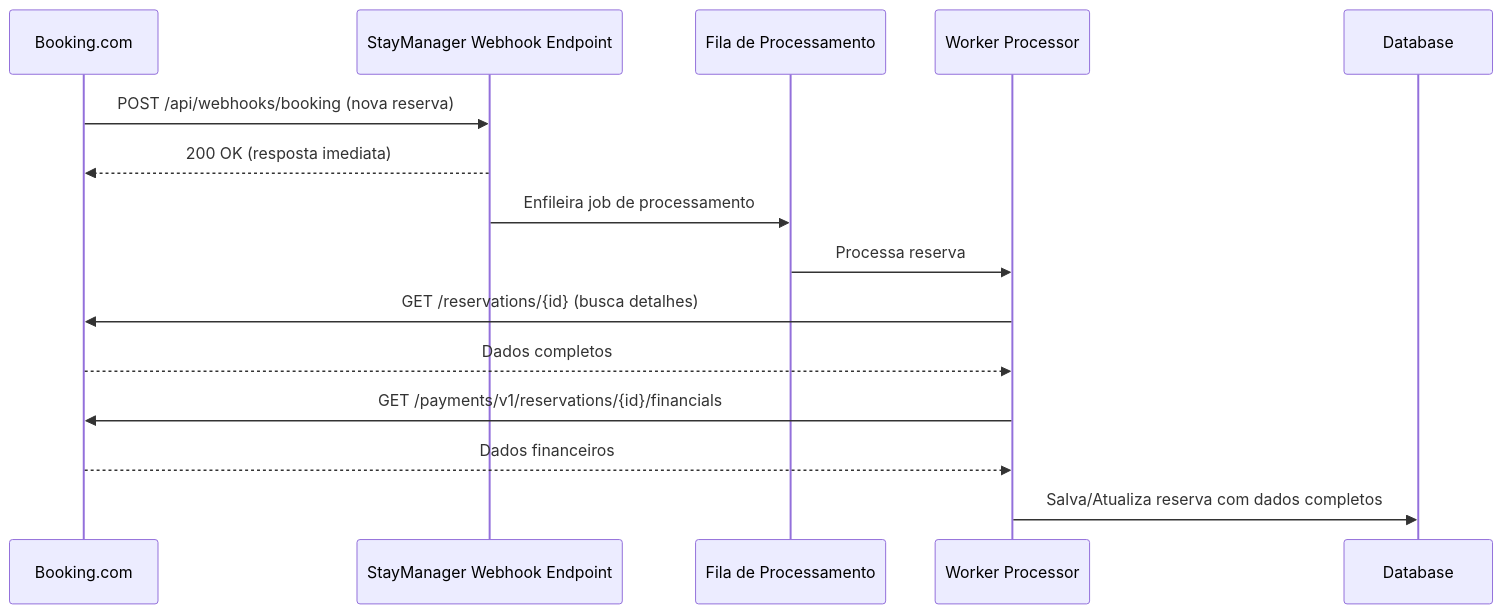
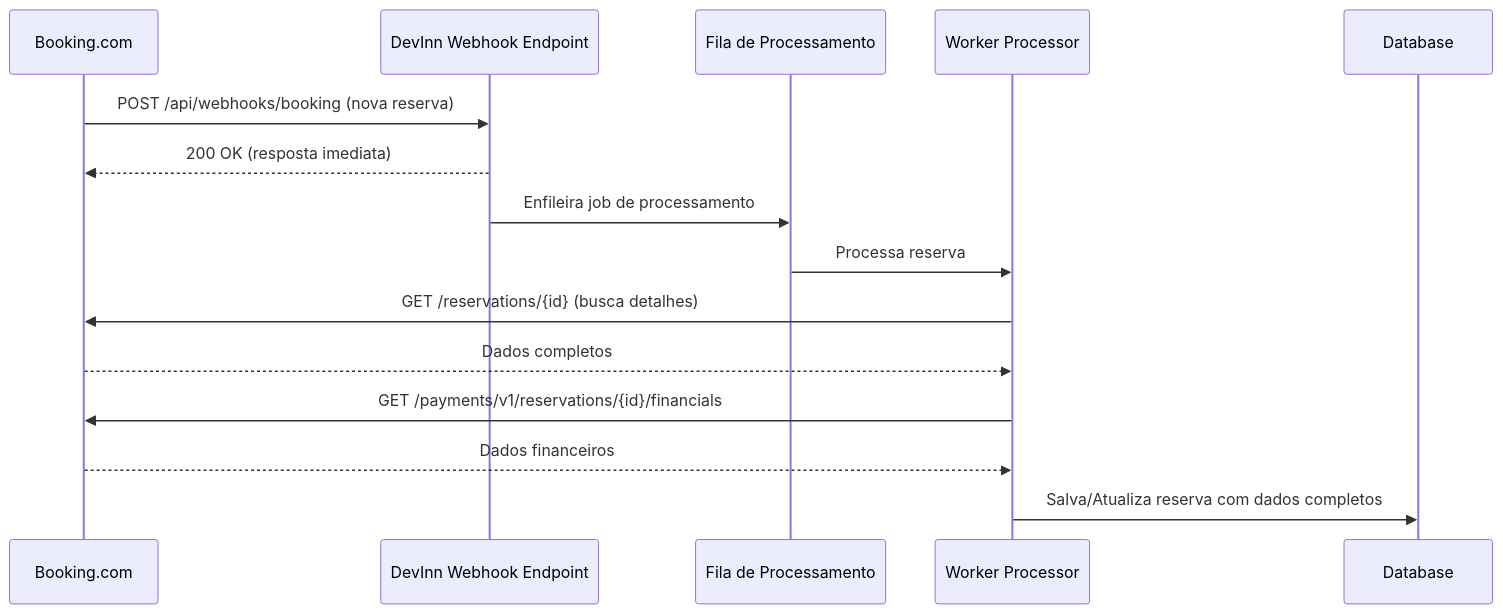
The second of 3 diagrams in docs/INTEGRACAO-BOOKING.md (raffreitas/devinn), drawn with Mermaid before and after one commit. The commit also changed other lines of this file and 3 other files, not shown here.

````diff
--- a/docs/INTEGRACAO-BOOKING.md
+++ b/docs/INTEGRACAO-BOOKING.md
@@ -220,22 +220,22 @@
 ```mermaid
 sequenceDiagram
     participant Booking as Booking.com
-    participant Webhook as StayManager Webhook Endpoint
+    participant Webhook as DevInn Webhook Endpoint
     participant Queue as Fila de Processamento
     participant Worker as Worker Processor
     participant DB as Database
 
     Booking->>Webhook: POST /api/webhooks/booking (nova reserva)
     Webhook-->>Booking: 200 OK (resposta imediata)
 
     Webhook->>Queue: Enfileira job de processamento
 
     Queue->>Worker: Processa reserva
     Worker->>Booking: GET /reservations/{id} (busca detalhes)
     Booking-->>Worker: Dados completos
 
     Worker->>Booking: GET /payments/v1/reservations/{id}/financials
     Booking-->>Worker: Dados financeiros
 
     Worker->>DB: Salva/Atualiza reserva com dados completos
 ```
````
